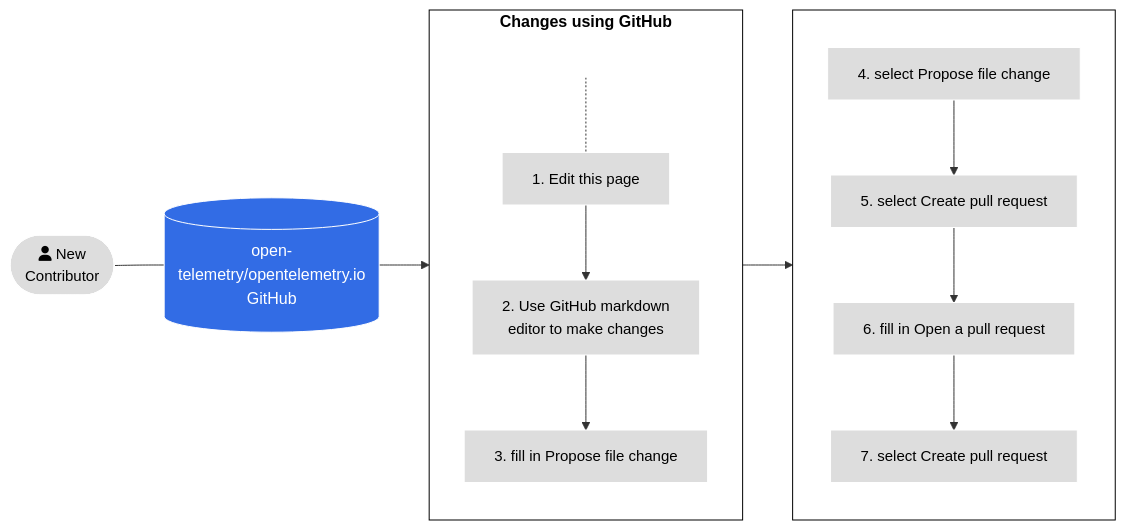
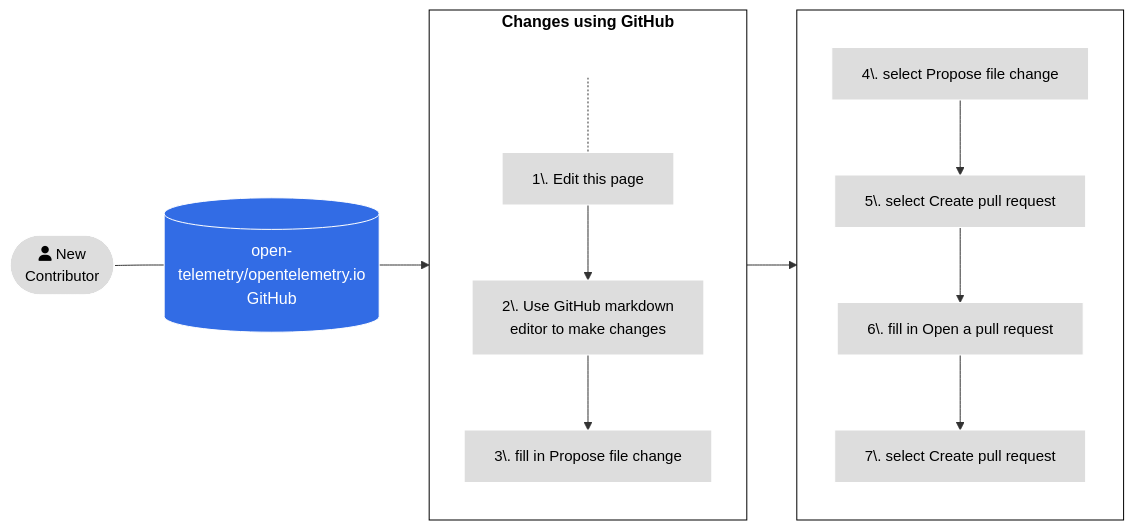
One commit to open-telemetry/opentelemetry.io changed the second of 4 diagrams in content/en/docs/contributing/pull-requests.md. Above: the diagram before and after it, drawn with Mermaid. The commit also changed other lines of this file, not shown here.

Commit message:
fix: Unsupported markdown: list due to missing parsed period

````diff
--- a/content/en/docs/contributing/pull-requests.md
+++ b/content/en/docs/contributing/pull-requests.md
@@ -65,27 +65,27 @@
 ```mermaid
 flowchart LR
 A([fa:fa-user New<br>Contributor]) --- id1[(open-telemetry/opentelemetry.io<br>GitHub)]
 subgraph tasks[Changes using GitHub]
 direction TB
     0[ ] -.-
-    1[1. Edit this page] --> 2[2. Use GitHub markdown<br>editor to make changes]
-    2 --> 3[3. fill in Propose file change]
+    1[1\. Edit this page] --> 2[2\. Use GitHub markdown<br>editor to make changes]
+    2 --> 3[3\. fill in Propose file change]
 
 end
 subgraph tasks2[ ]
 direction TB
-4[4. select Propose file change] --> 5[5. select Create pull request] --> 6[6. fill in Open a pull request]
-6 --> 7[7. select Create pull request]
+4[4\. select Propose file change] --> 5[5\. select Create pull request] --> 6[6\. fill in Open a pull request]
+6 --> 7[7\. select Create pull request]
 end
 
 id1 --> tasks --> tasks2
 
 classDef grey fill:#dddddd,stroke:#ffffff,stroke-width:px,color:#000000, font-size:15px;
 classDef white fill:#ffffff,stroke:#000,stroke-width:px,color:#000,font-weight:bold
 classDef k8s fill:#326ce5,stroke:#fff,stroke-width:1px,color:#fff;
 classDef spacewhite fill:#ffffff,stroke:#fff,stroke-width:0px,color:#000
 class A,1,2,3,4,5,6,7 grey
 class 0 spacewhite
 class tasks,tasks2 white
 class id1 k8s
 ```
````
